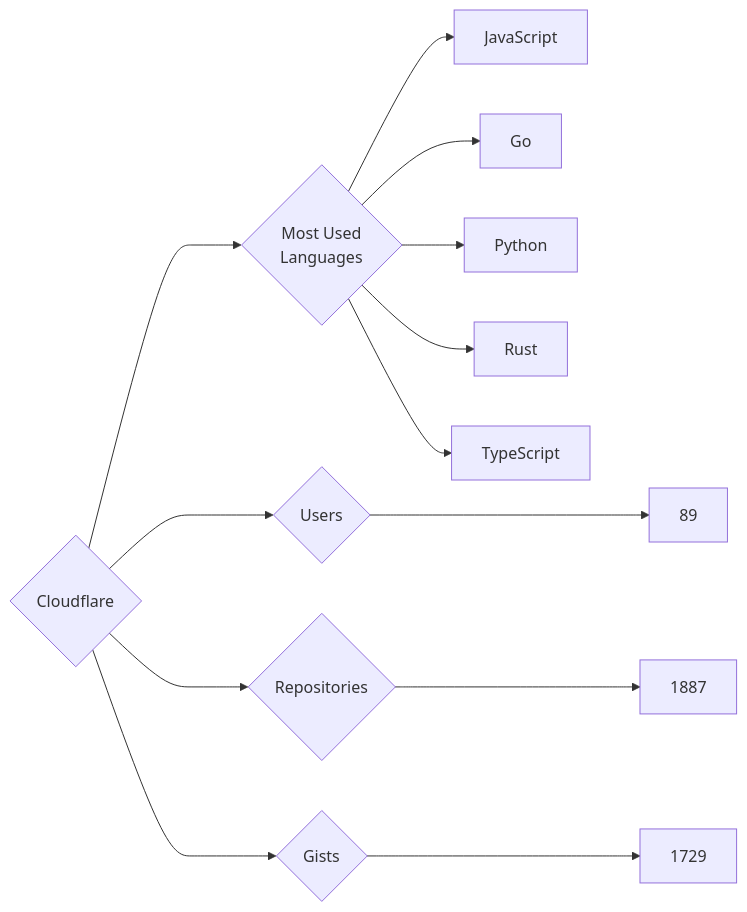
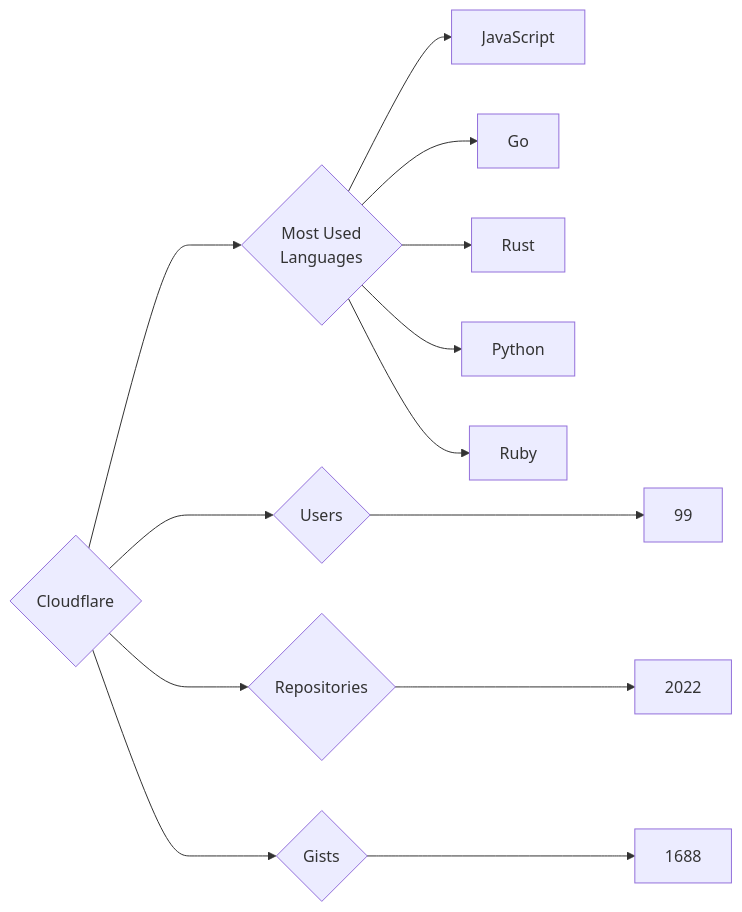
The diagram in targets/Cloudflare/README.md (trickest/insiders), drawn with Mermaid before and after one commit. The commit also changed 837 other files, not shown here.

````diff
--- a/targets/Cloudflare/README.md
+++ b/targets/Cloudflare/README.md
@@ -3,13 +3,13 @@
 ```mermaid
 graph LR
 COMPANY_NAME{Cloudflare}
-COMPANY_NAME ---> U{Users} ---> UN[89]
-COMPANY_NAME ---> R{Repositories} ---> RN[1887]
-COMPANY_NAME ---> G{Gists} ---> GN[1729]
+COMPANY_NAME ---> U{Users} ---> UN[99]
+COMPANY_NAME ---> R{Repositories} ---> RN[2022]
+COMPANY_NAME ---> G{Gists} ---> GN[1688]
 COMPANY_NAME ---> ML{Most Used<br>Languages}
 ML --> JavaScript[JavaScript]
 ML --> Go[Go]
+ML --> Rust[Rust]
 ML --> Python[Python]
-ML --> Rust[Rust]
-ML --> TypeScript[TypeScript]
+ML --> Ruby[Ruby]
 ```
````
